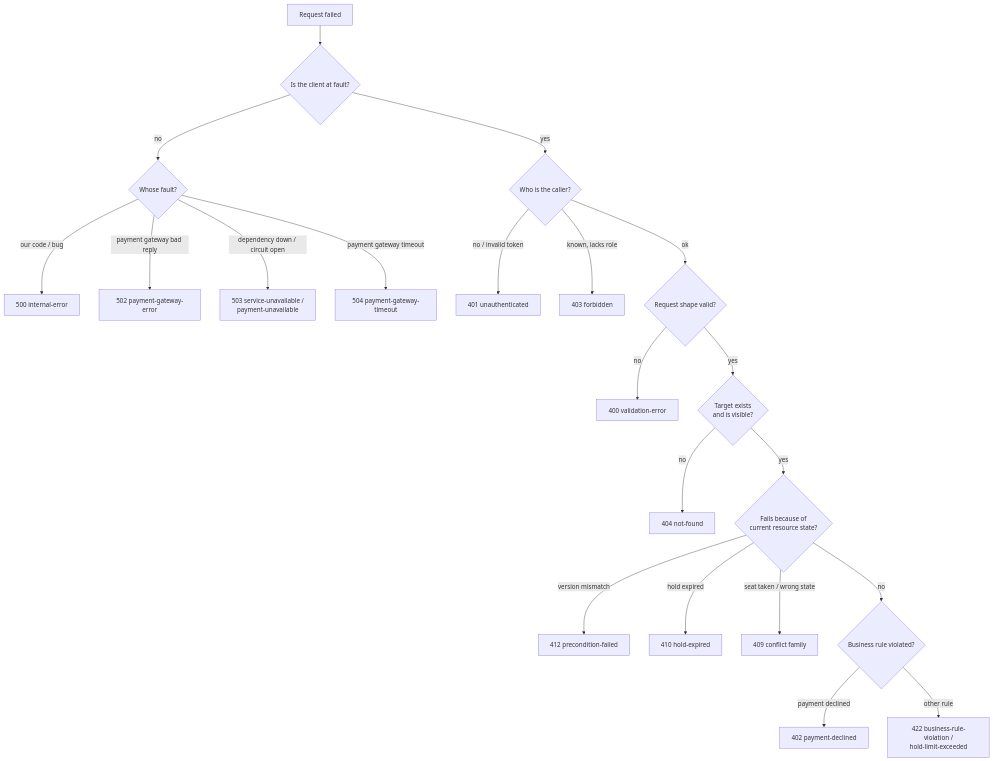
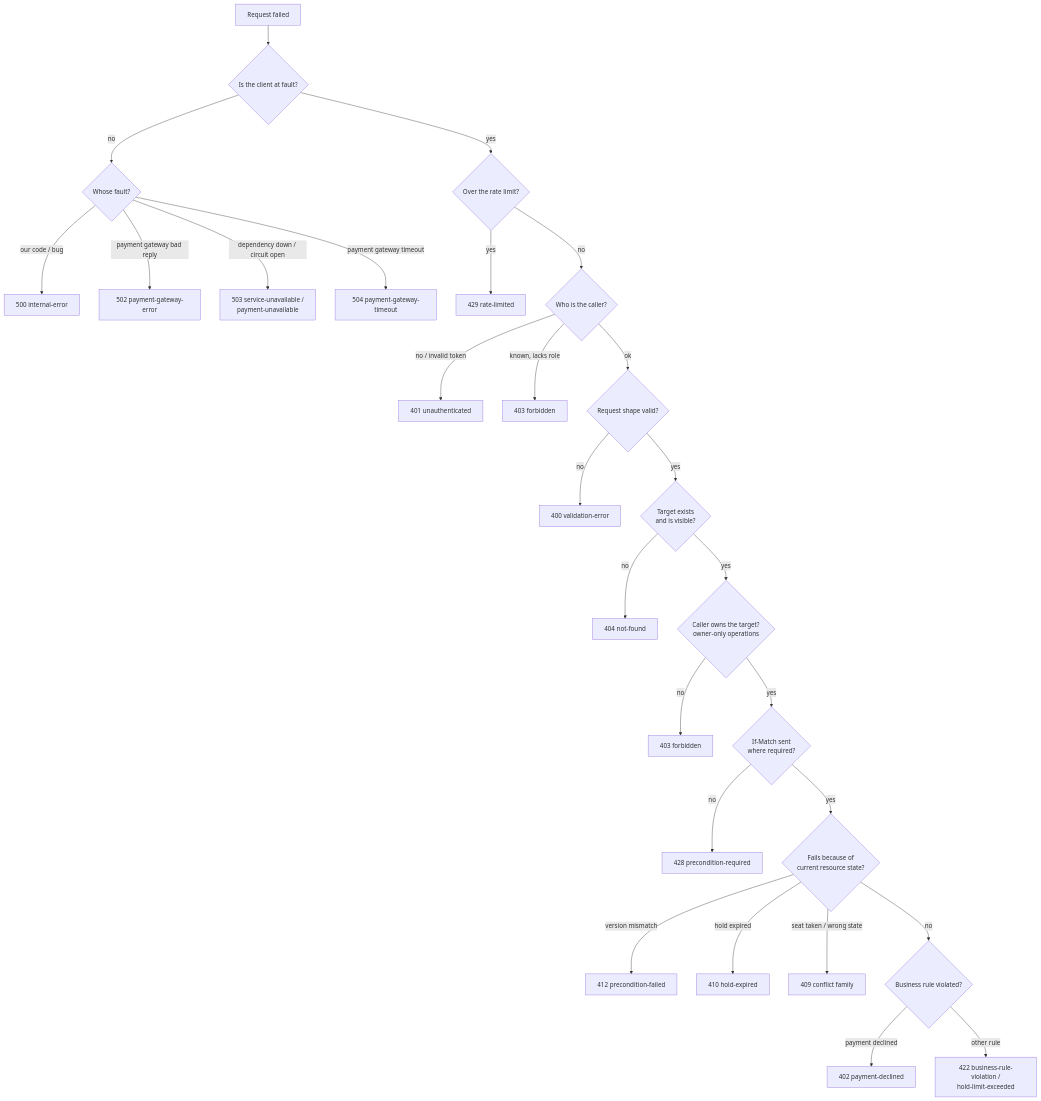
One commit to hrytsykvl/Ticketium changed the first of 4 diagrams in docs/ERROR_HANDLING.md. Above: the diagram before and after it, drawn with Mermaid. The commit also changed other lines of this file and 6 other files, not shown here.

````diff
--- a/docs/ERROR_HANDLING.md
+++ b/docs/ERROR_HANDLING.md
@@ -91,23 +92,29 @@
 ```mermaid
 flowchart TD
     A[Request failed] --> B{Is the client at fault?}
     B -- no --> S{Whose fault?}
     S -- our code / bug --> E500[500 internal-error]
     S -- payment gateway bad reply --> E502[502 payment-gateway-error]
     S -- dependency down / circuit open --> E503[503 service-unavailable /<br/>payment-unavailable]
     S -- payment gateway timeout --> E504[504 payment-gateway-timeout]
-    B -- yes --> C{Who is the caller?}
+    B -- yes --> R{Over the rate limit?}
+    R -- yes --> E429[429 rate-limited]
+    R -- no --> C{Who is the caller?}
     C -- no / invalid token --> E401[401 unauthenticated]
     C -- known, lacks role --> E403[403 forbidden]
     C -- ok --> D{Request shape valid?}
     D -- no --> E400[400 validation-error]
     D -- yes --> F{Target exists<br/>and is visible?}
     F -- no --> E404[404 not-found]
-    F -- yes --> G{Fails because of<br/>current resource state?}
+    F -- yes --> O{Caller owns the target?<br/>owner-only operations}
+    O -- no --> E403b[403 forbidden]
+    O -- yes --> P{If-Match sent<br/>where required?}
+    P -- no --> E428[428 precondition-required]
+    P -- yes --> G{Fails because of<br/>current resource state?}
     G -- version mismatch --> E412[412 precondition-failed]
     G -- hold expired --> E410[410 hold-expired]
     G -- seat taken / wrong state --> E409[409 conflict family]
     G -- no --> H{Business rule violated?}
     H -- payment declined --> E402[402 payment-declined]
     H -- other rule --> E422[422 business-rule-violation /<br/>hold-limit-exceeded]
 ```
````
